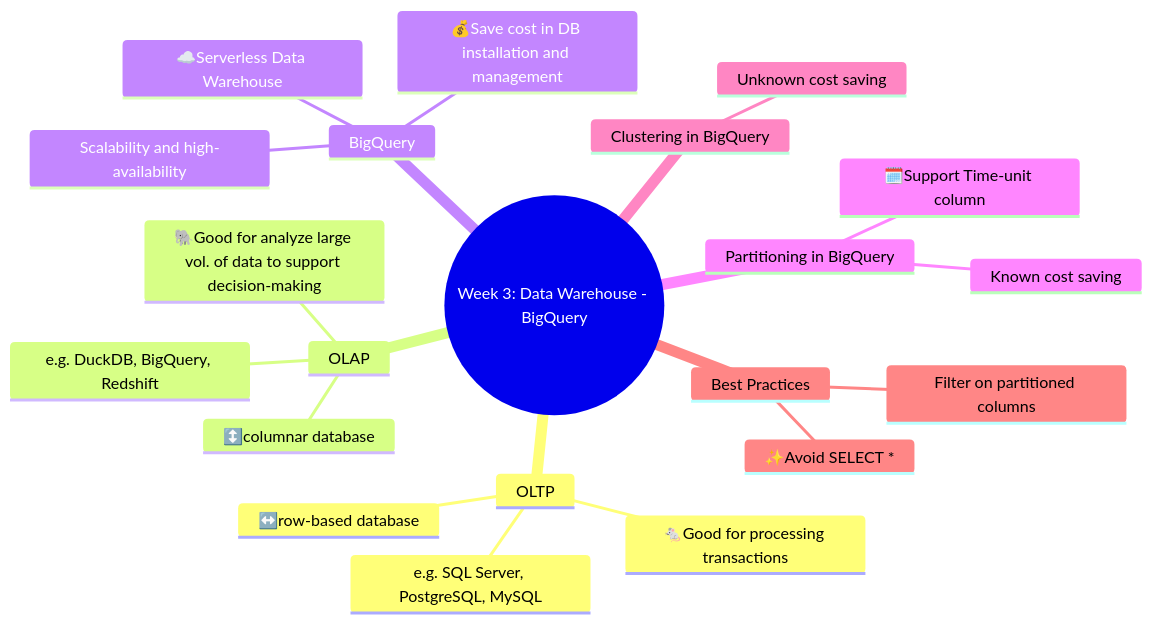
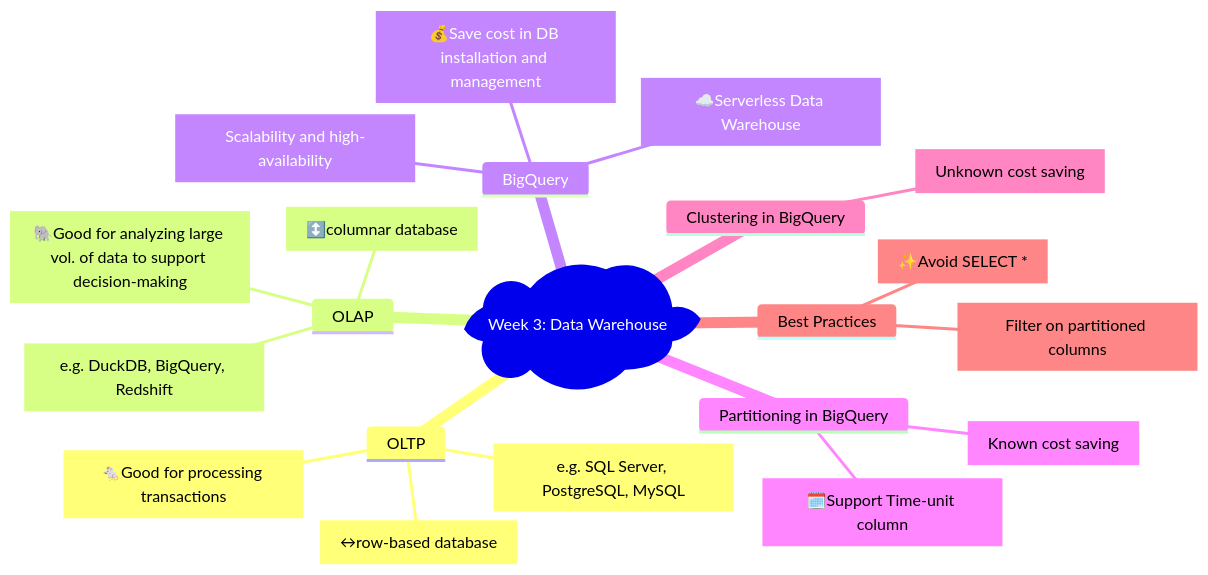
One commit to alangan17/DataEngineerZoomCamp2024Week3 changed the diagram in README.md. Above: the diagram before and after it, drawn with Mermaid. The commit also changed other lines of this file, not shown here.

````diff
--- a/README.md
+++ b/README.md
@@ -12,24 +13,24 @@
 ```mermaid
 mindmap
-    root((Week 3: Data Warehouse - BigQuery))
+    id1)Week 3: Data Warehouse(
         OLTP
-            ↔️row-based database
-            e.g. SQL Server, PostgreSQL, MySQL
-            🐁Good for processing transactions
+            id2["↔row-based database"]
+            id3["e.g. SQL Server, PostgreSQL, MySQL"]
+            id4["🐁Good for processing transactions"]
         OLAP
-            ↕️columnar database
-            e.g. DuckDB, BigQuery, Redshift
-            🐘Good for analyze large vol. of data to support decision-making
+            id5["↕️columnar database"]
+            id6["e.g. DuckDB, BigQuery, Redshift"]
+            id7["🐘Good for analyzing large vol. of data to support decision-making"]
         BigQuery
-            ☁️Serverless Data Warehouse
-            💰Save cost in DB installation and management
-            Scalability and high-availability
+            id8["☁️Serverless Data Warehouse"]
+            id9["💰Save cost in DB installation and management"]
+            id10["Scalability and high-availability"]
         Partitioning in BigQuery
-            🗓️Support Time-unit column
-            Known cost saving
+            id11["🗓️Support Time-unit column"]
+            id12["Known cost saving"]
         Clustering in BigQuery
-            Unknown cost saving
+            id13["Unknown cost saving"]
         Best Practices
-            ✨Avoid SELECT *
-            Filter on partitioned columns
+            id14["✨Avoid SELECT *"]
+            id15["Filter on partitioned columns"]
 ```
````
